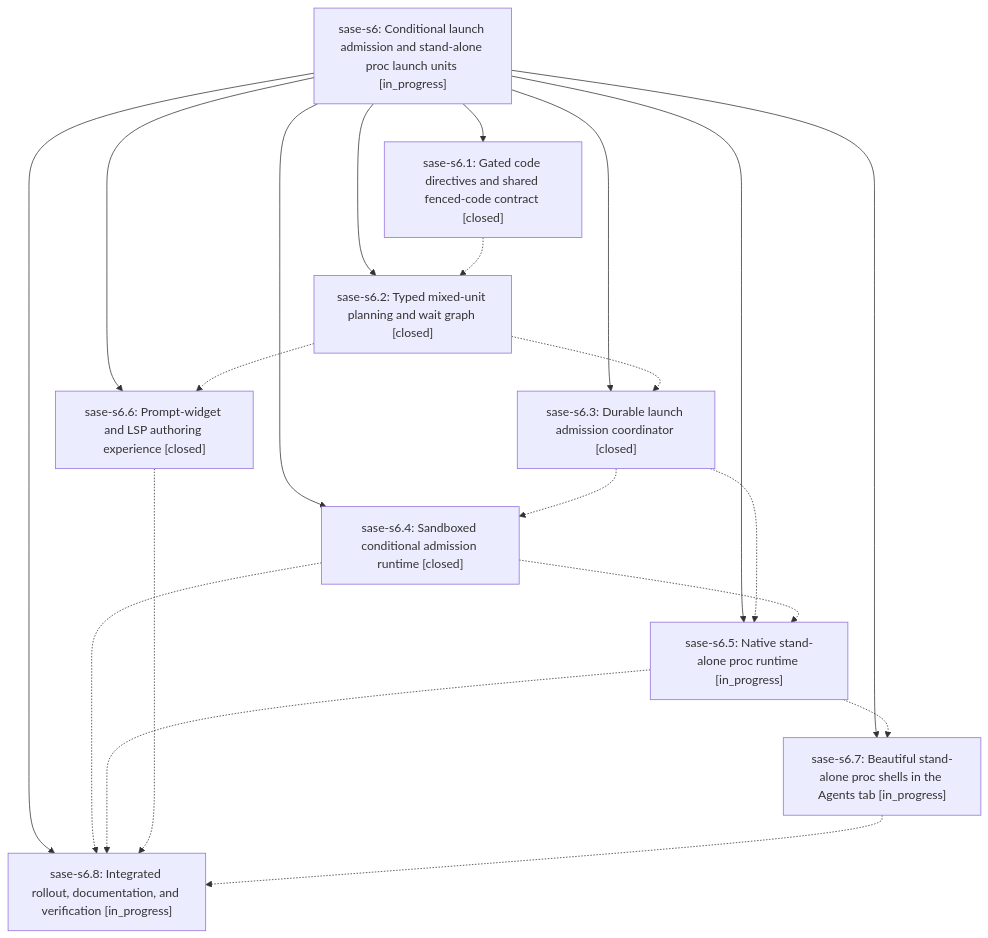
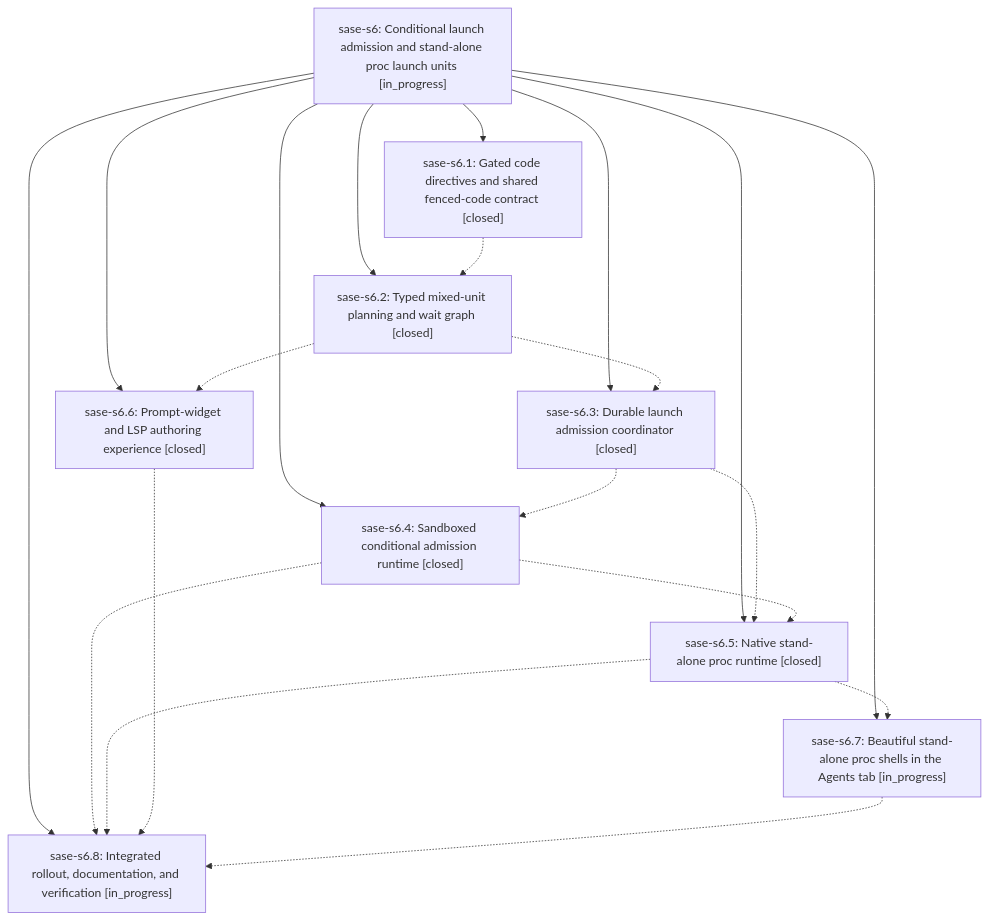
One commit to sase-org/sase--beads changed the diagram in pages/sase-s6/README.md. Above: the diagram before and after it, drawn with Mermaid. The commit also changed other lines of this file and 5 other files, not shown here.

````diff
--- a/pages/sase-s6/README.md
+++ b/pages/sase-s6/README.md
@@ -29,31 +29,31 @@
 ```mermaid
 flowchart TD
     n0["sase-s6: Conditional launch admission and stand-alone proc launch units [in_progress]"]
     n1["sase-s6.1: Gated code directives and shared fenced-code contract [closed]"]
     n2["sase-s6.2: Typed mixed-unit planning and wait graph [closed]"]
     n3["sase-s6.3: Durable launch admission coordinator [closed]"]
     n4["sase-s6.4: Sandboxed conditional admission runtime [closed]"]
-    n5["sase-s6.5: Native stand-alone proc runtime [in_progress]"]
+    n5["sase-s6.5: Native stand-alone proc runtime [closed]"]
     n6["sase-s6.6: Prompt-widget and LSP authoring experience [closed]"]
     n7["sase-s6.7: Beautiful stand-alone proc shells in the Agents tab [in_progress]"]
     n8["sase-s6.8: Integrated rollout, documentation, and verification [in_progress]"]
     n0 --> n1
     n0 --> n2
     n0 --> n3
     n0 --> n4
     n0 --> n5
     n0 --> n6
     n0 --> n7
     n0 --> n8
     n1 -.-> n2
     n2 -.-> n3
     n2 -.-> n6
     n3 -.-> n4
     n3 -.-> n5
     n4 -.-> n5
     n4 -.-> n8
     n5 -.-> n7
     n5 -.-> n8
     n6 -.-> n8
     n7 -.-> n8
 ```
````
